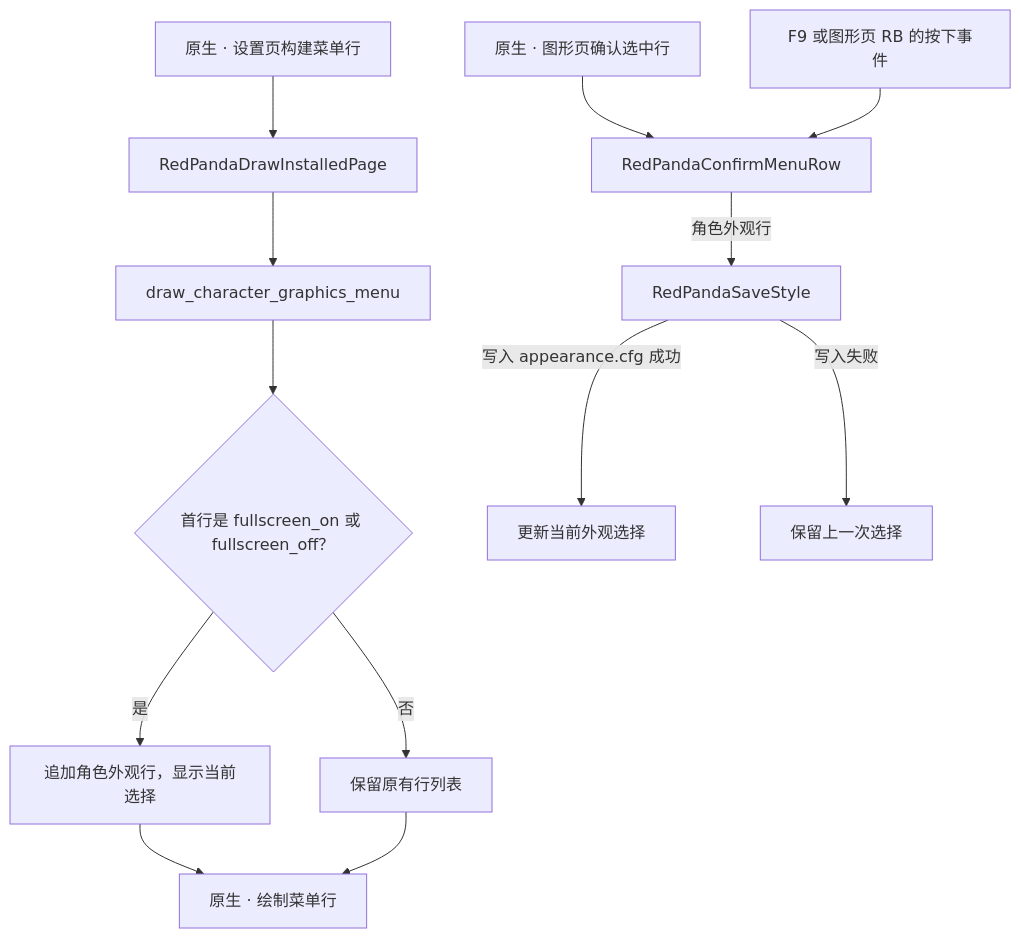
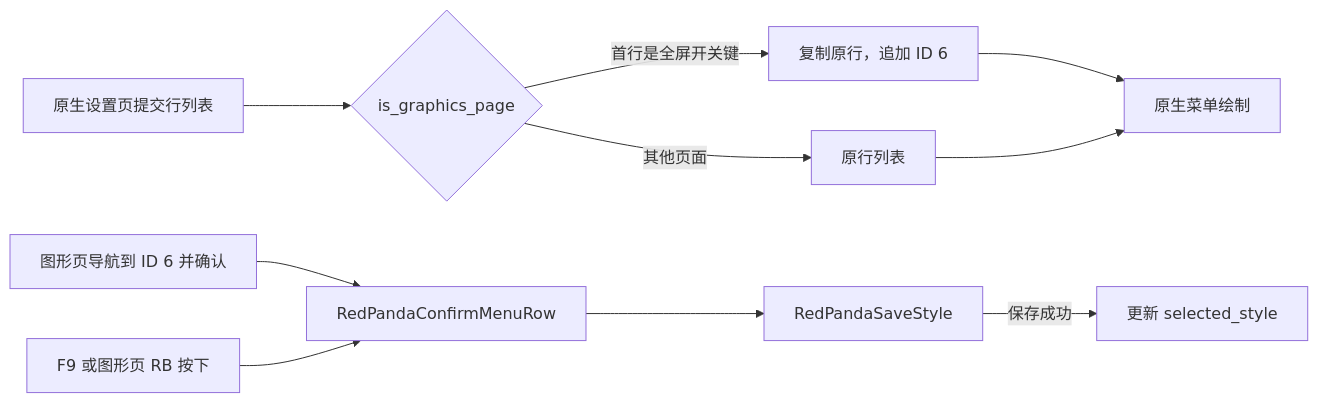
Before and after one commit to dreamstring/SinkingStarRedPanda: the first of 3 diagrams in README.md, drawn with Mermaid. The commit also changed other lines of this file, not shown here.

````diff
--- a/README.md
+++ b/README.md
@@ -65,15 +57,12 @@
 ```mermaid
-flowchart TD
-    A["原生 · 设置页构建菜单行"] --> B["RedPandaDrawInstalledPage"]
-    B --> C["draw_character_graphics_menu"]
-    C --> D{"首行是 fullscreen_on 或 fullscreen_off？"}
-    D -->|是| E["追加角色外观行，显示当前选择"]
-    D -->|否| F["保留原有行列表"]
-    E --> G["原生 · 绘制菜单行"]
-    F --> G
-    H["原生 · 图形页确认选中行"] --> I["RedPandaConfirmMenuRow"]
-    P["F9 或图形页 RB 的按下事件"] --> I
-    I -->|角色外观行| J["RedPandaSaveStyle"]
-    J -->|写入 appearance.cfg 成功| K["更新当前外观选择"]
-    J -->|写入失败| L["保留上一次选择"]
+flowchart LR
+    A["原生设置页提交行列表"] --> B{"is_graphics_page"}
+    B -->|"首行是全屏开关键"| C["复制原行，追加 ID 6"]
+    B -->|"其他页面"| D["原行列表"]
+    C --> E["原生菜单绘制"]
+    D --> E
+    F["图形页导航到 ID 6 并确认"] --> H["RedPandaConfirmMenuRow"]
+    G["F9 或图形页 RB 按下"] --> H
+    H --> I["RedPandaSaveStyle"]
+    I -->|"保存成功"| J["更新 selected_style"]
 ```
````
